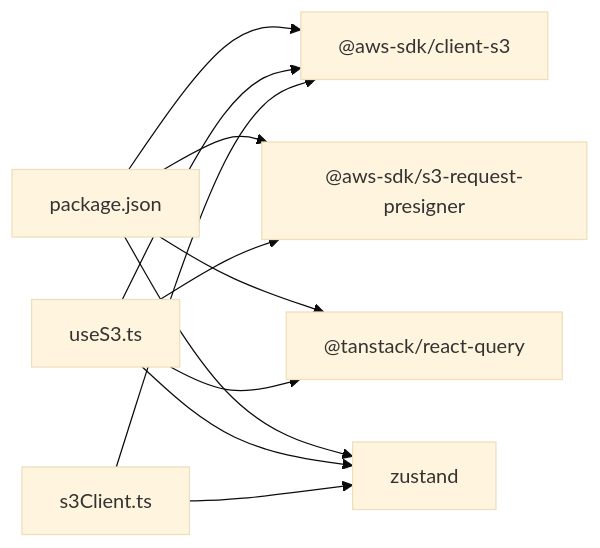
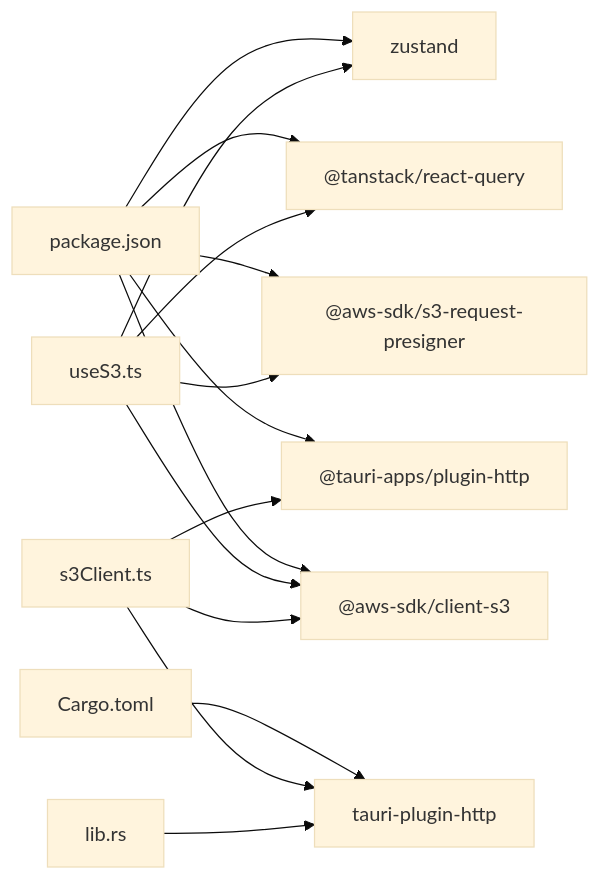
One commit to nasrulhadi/s3-explorer changed the seventh of 10 diagrams in .qoder/repowiki/en/content/Technical Implementation/S3 Integration.md. Above: the diagram before and after it, drawn with Mermaid (base theme). The commit also changed other lines of this file and 26 other files, not shown here.

````diff
--- a/.qoder/repowiki/en/content/Technical Implementation/S3 Integration.md
+++ b/.qoder/repowiki/en/content/Technical Implementation/S3 Integration.md
@@ -304,13 +376,17 @@
 ```mermaid
 graph LR
 pkg["package.json"] --> aws_client["@aws-sdk/client-s3"]
 pkg --> aws_presigner["@aws-sdk/s3-request-presigner"]
 pkg --> react_query["@tanstack/react-query"]
 pkg --> zustand["zustand"]
+pkg --> tauri_http["@tauri-apps/plugin-http"]
+cargo["Cargo.toml"] --> rust_http["tauri-plugin-http"]
 useS3_ts["useS3.ts"] --> aws_client
 useS3_ts --> aws_presigner
 useS3_ts --> react_query
 useS3_ts --> zustand
 s3Client_ts["s3Client.ts"] --> aws_client
-s3Client_ts --> zustand
+s3Client_ts --> tauri_http
+s3Client_ts --> rust_http
+lib_rs["lib.rs"] --> rust_http
 ```
````
